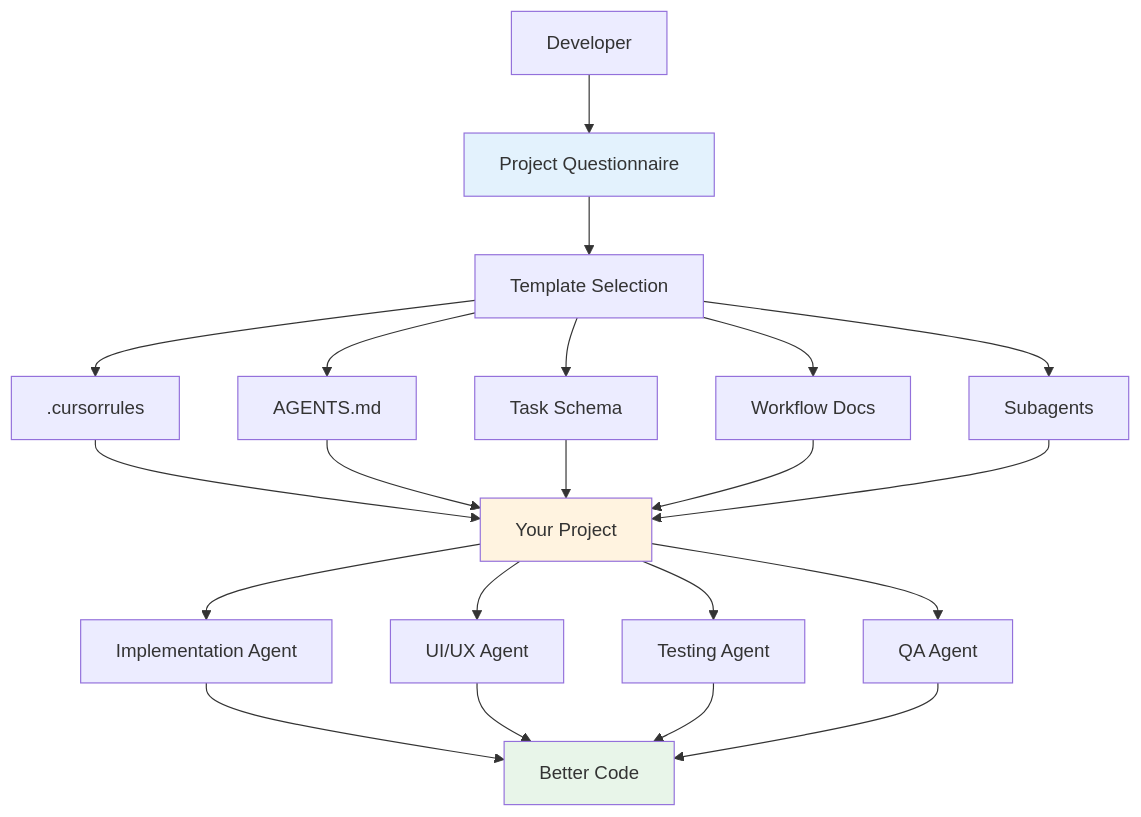
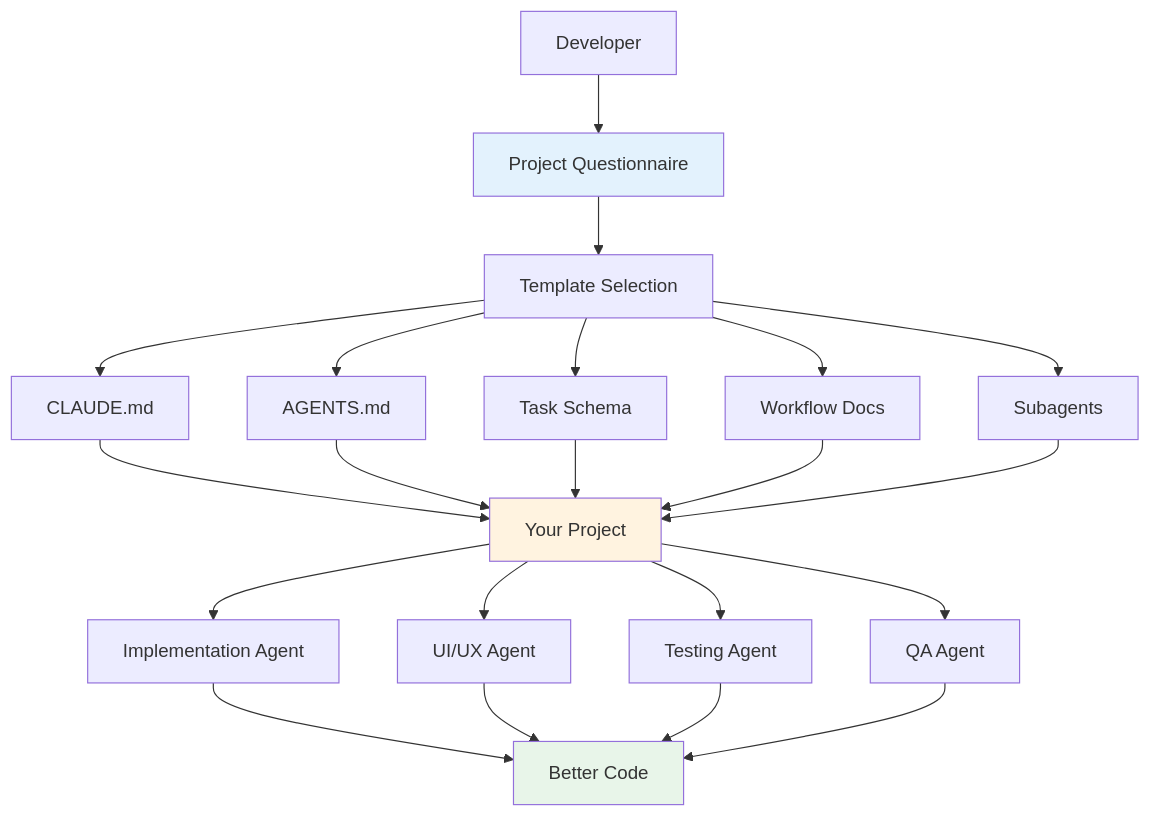
The diagram in README.md (jwitts1998/multi-agent-system-template), drawn with Mermaid before and after one commit. The commit also changed other lines of this file and 181 other files, not shown here.

````diff
--- a/README.md
+++ b/README.md
@@ -128,31 +129,31 @@
 ```mermaid
 graph TB
     Dev[Developer] --> Quest[Project Questionnaire]
     Quest --> Select[Template Selection]
     
-    Select --> CR[.cursorrules]
+    Select --> CR[CLAUDE.md]
     Select --> AG[AGENTS.md]
     Select --> TS[Task Schema]
     Select --> WF[Workflow Docs]
     Select --> SA[Subagents]
     
     CR --> Project[Your Project]
     AG --> Project
     TS --> Project
     WF --> Project
     SA --> Project
     
     Project --> Impl[Implementation Agent]
     Project --> UX[UI/UX Agent]
     Project --> Test[Testing Agent]
     Project --> QA[QA Agent]
     
     Impl --> Code[Better Code]
     UX --> Code
     Test --> Code
     QA --> Code
     
     style Quest fill:#e3f2fd
     style Project fill:#fff3e0
     style Code fill:#e8f5e9
 ```
````
